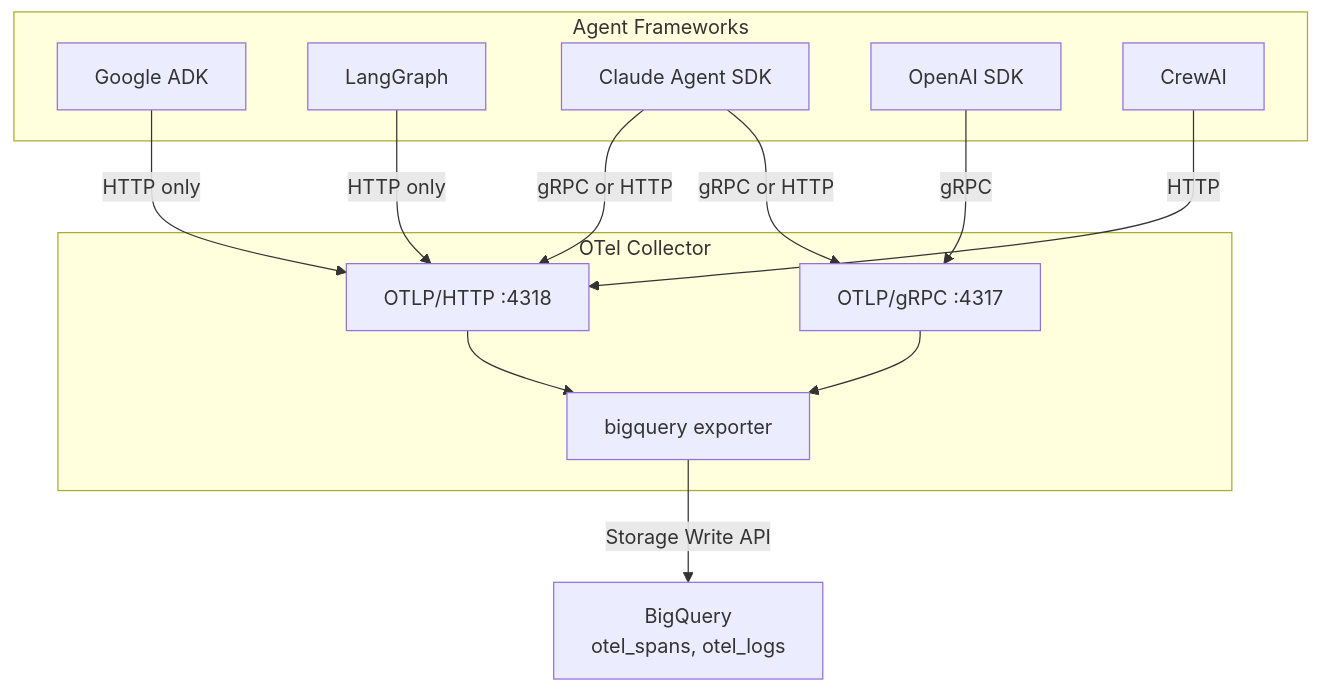
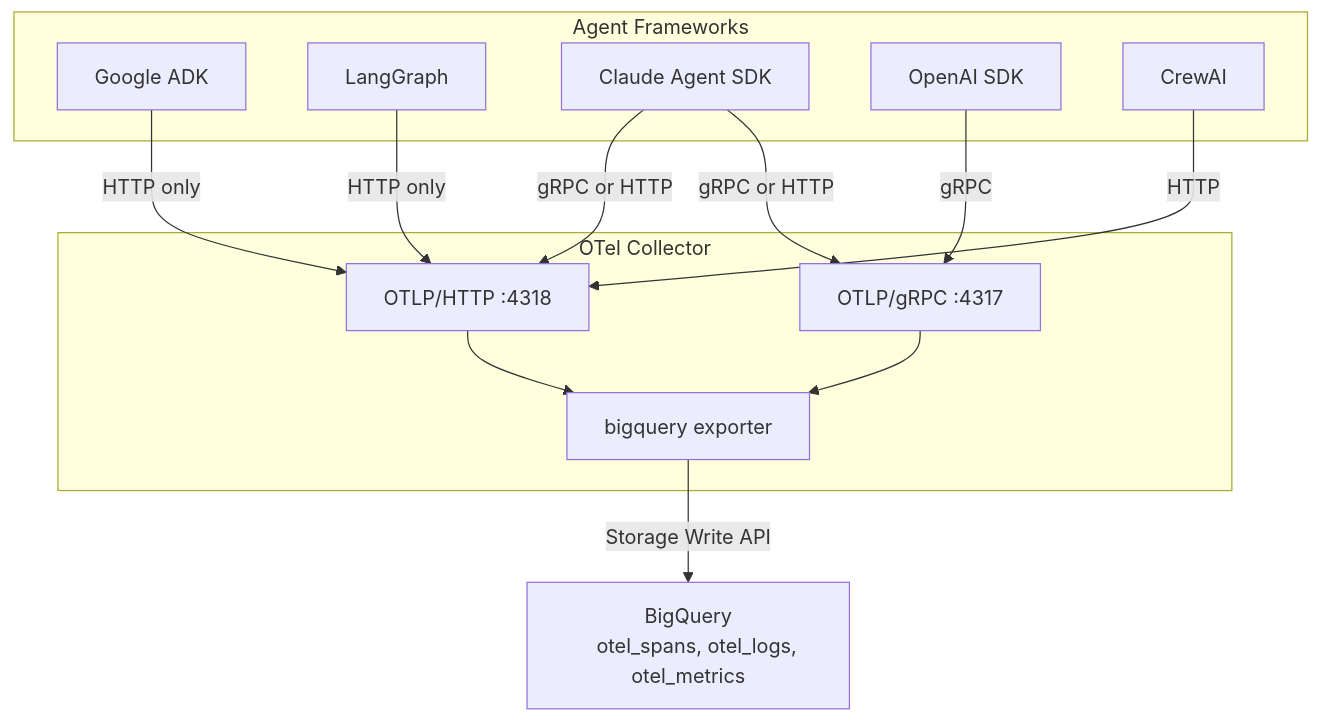
Before and after one commit to haiyuan-eng-google/BQ-OTEL-Exporter: the diagram in docs/deployment-models.md, drawn with Mermaid. The commit also changed other lines of this file and 15 other files, not shown here.

````diff
--- a/docs/deployment-models.md
+++ b/docs/deployment-models.md
@@ -10,28 +10,28 @@
 ```mermaid
 flowchart TD
     subgraph Producers["Agent Frameworks"]
         ADK["Google ADK"]
         LG["LangGraph"]
         CC["Claude Agent SDK"]
         OA["OpenAI SDK"]
         CA["CrewAI"]
     end
 
     subgraph Collector["OTel Collector"]
         GRPC["OTLP/gRPC :4317"]
         HTTP["OTLP/HTTP :4318"]
         BQ["bigquery exporter"]
     end
 
     ADK -->|HTTP only| HTTP
     LG -->|HTTP only| HTTP
     CC -->|gRPC or HTTP| GRPC
     CC -->|gRPC or HTTP| HTTP
     OA -->|gRPC| GRPC
     CA -->|HTTP| HTTP
 
     GRPC --> BQ
     HTTP --> BQ
     BQ -->|Storage Write API| BQDest["BigQuery
-    otel_spans, otel_logs"]
+    otel_spans, otel_logs, otel_metrics"]
 ```
````
